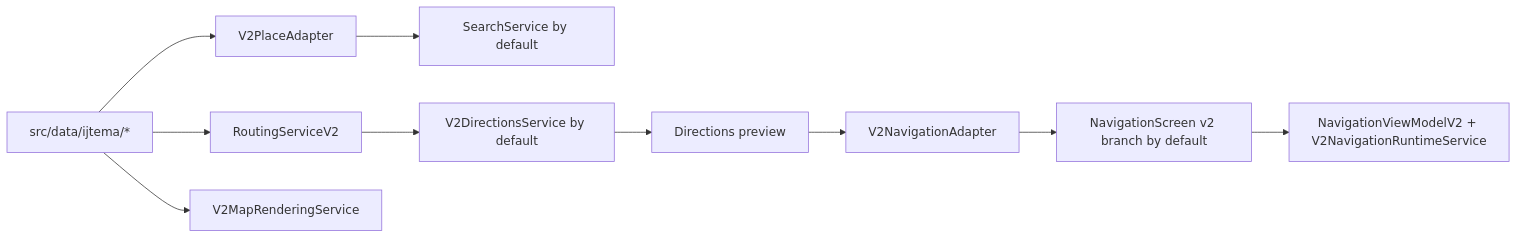
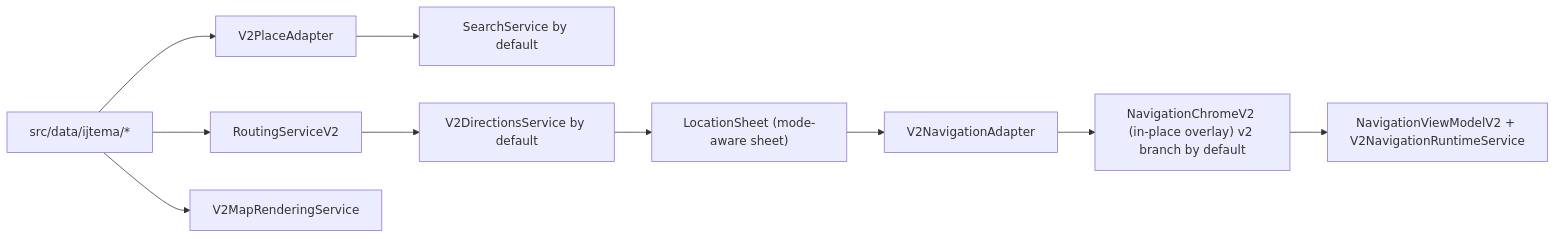
The second of 2 diagrams in docs/MAP_DATA_ARCHITECTURE.md (ghilmanITM360/offline-map), drawn with Mermaid before and after one commit. The commit also changed other lines of this file and 124 other files, not shown here.

````diff
--- a/docs/MAP_DATA_ARCHITECTURE.md
+++ b/docs/MAP_DATA_ARCHITECTURE.md
@@ -49,12 +51,12 @@
 ```mermaid
 flowchart LR
   A["src/data/ijtema/*"] --> B["V2PlaceAdapter"]
   A --> C["RoutingServiceV2"]
   A --> D["V2MapRenderingService"]
   B --> E["SearchService by default"]
   C --> F["V2DirectionsService by default"]
-  F --> G["Directions preview"]
+  F --> G["LocationSheet (mode-aware sheet)"]
   G --> H["V2NavigationAdapter"]
-  H --> I["NavigationScreen v2 branch by default"]
+  H --> I["NavigationChromeV2 (in-place overlay) v2 branch by default"]
   I --> J["NavigationViewModelV2 + V2NavigationRuntimeService"]
 ```
````
